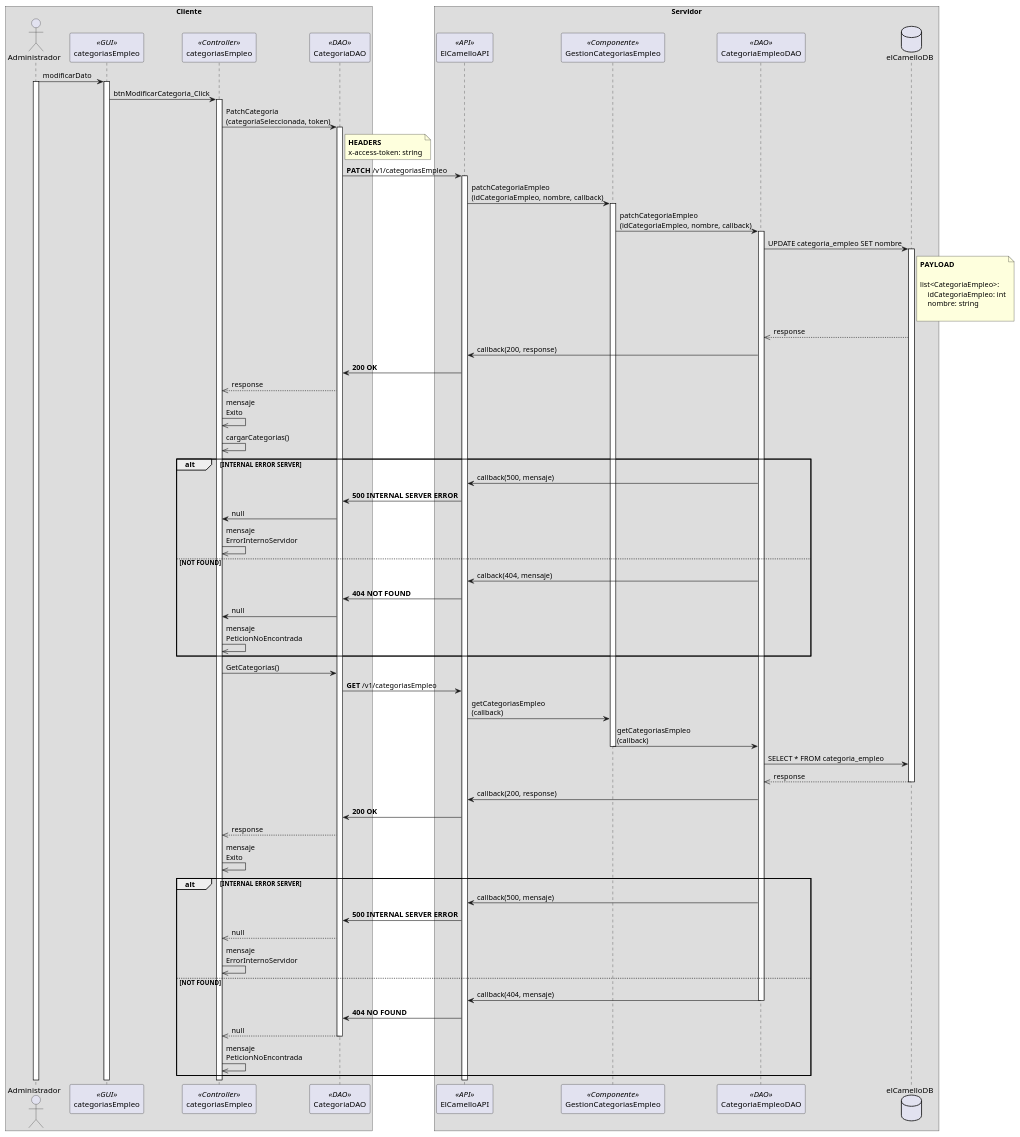
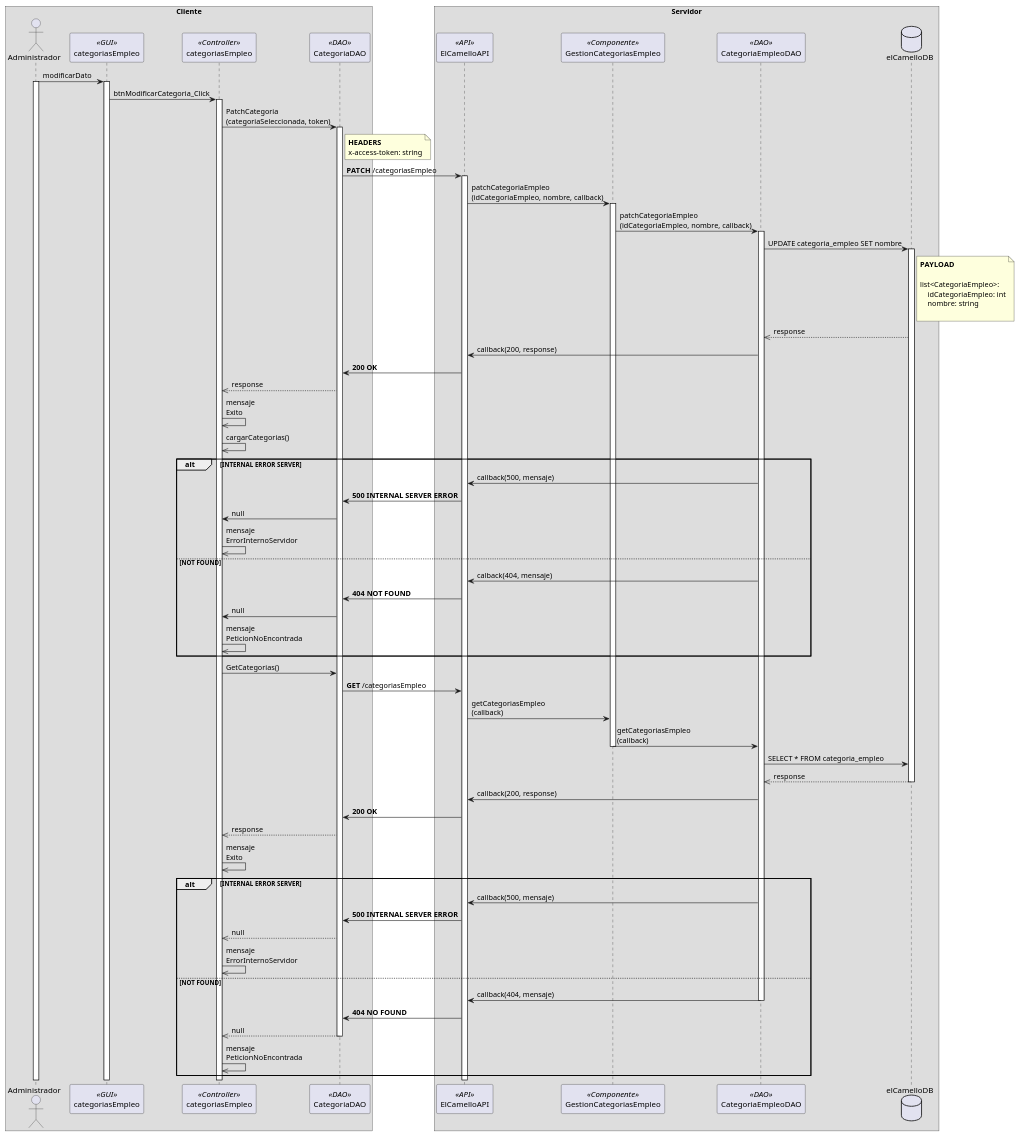
Before and after one commit to VictorArrys/API_WORK_PLATAFORM_ARRYS: the diagram in diagramas/secuencia/GestionCategorias/ModificarCategoria.puml, drawn with PlantUML. The commit also changed 53 other files, not shown here.

```diff
--- a/diagramas/secuencia/GestionCategorias/ModificarCategoria.puml
+++ b/diagramas/secuencia/GestionCategorias/ModificarCategoria.puml
@@ -1,142 +1,142 @@
 @startuml
 
 box Cliente
     actor Administrador as a
     participant categoriasEmpleo as b <<GUI>> 
     participant categoriasEmpleo as c <<Controller>>
     participant CategoriaDAO as d <<DAO>>
 
 end box
 
 box Servidor
     participant ElCamelloAPI as e <<API>>
     participant GestionCategoriasEmpleo as f <<Componente>>
     participant CategoriaEmpleoDAO as g <<DAO>>
     database elCamelloDB as db
 end box
 
 a -> b: modificarDato
 activate a
 activate b
 
 b -> c: btnModificarCategoria_Click
 activate c
 
 c -> d: PatchCategoria\n(categoriaSeleccionada, token)
 activate d
 
 note right of d  
 **HEADERS**
 x-access-token: string
 end note
 
-d -> e: **PATCH** /v1/categoriasEmpleo
+d -> e: **PATCH** /categoriasEmpleo
 activate e
 
 
 
 e -> f: patchCategoriaEmpleo\n(idCategoriaEmpleo, nombre, callback)
 activate f
 
 f -> g: patchCategoriaEmpleo\n(idCategoriaEmpleo, nombre, callback)
 activate g
 
 g -> db: UPDATE categoria_empleo SET nombre
 activate db
 
 note right of db
 **PAYLOAD**
 
 list<CategoriaEmpleo>:
     idCategoriaEmpleo: int
     nombre: string
 
 end note
 
 db -->> g: response 
 
 
 g -> e: callback(200, response)
 
 
 e -> d: **200 OK**
 
 d -->> c: response
 
 c ->> c: mensaje\nExito
 
 c ->> c: cargarCategorias()
 
 alt INTERNAL ERROR SERVER
 
      g -> e: callback(500, mensaje)
 
      e -> d: **500 INTERNAL SERVER ERROR**
 
      d -> c: null
 
      c ->> c: mensaje\nErrorInternoServidor
 
 
 else NOT FOUND
 
     g -> e: calback(404, mensaje)
 
     e -> d: **404 NOT FOUND**
 
     d -> c: null
 
     c ->> c: mensaje\nPeticionNoEncontrada
 
 end
 
 c -> d: GetCategorias()
 
-d -> e: **GET** /v1/categoriasEmpleo
+d -> e: **GET** /categoriasEmpleo
 
 e -> f: getCategoriasEmpleo\n(callback)
 
 f -> g: getCategoriasEmpleo\n(callback)
 deactivate f
 
 g -> db: SELECT * FROM categoria_empleo
 
 db -->> g: response
 deactivate db
 
 g -> e: callback(200, response)
 
 e -> d: **200 OK**
 
 d -->> c: response
 
 
 c ->> c: mensaje\nExito
 
 alt INTERNAL ERROR SERVER
 
     g -> e: callback(500, mensaje)
 
     e -> d: **500 INTERNAL SERVER ERROR**
 
     d -->> c: null
 
     c ->> c: mensaje\nErrorInternoServidor
 
 else NOT FOUND
 
     g -> e: callback(404, mensaje)
     deactivate g
 
     e -> d: **404 NO FOUND**
 
     d -->> c: null
     deactivate d
 
     c ->> c: mensaje\nPeticionNoEncontrada
 
 end
 
 
 
 @enduml
```
